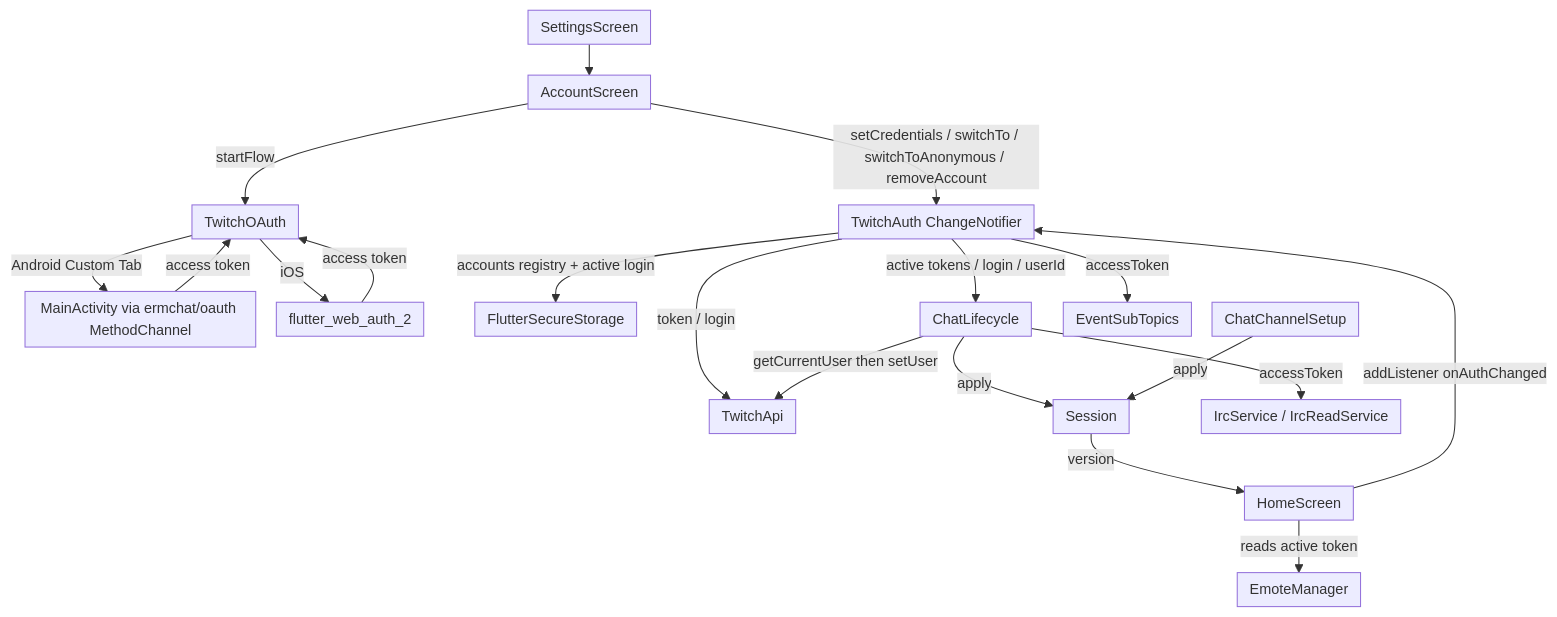
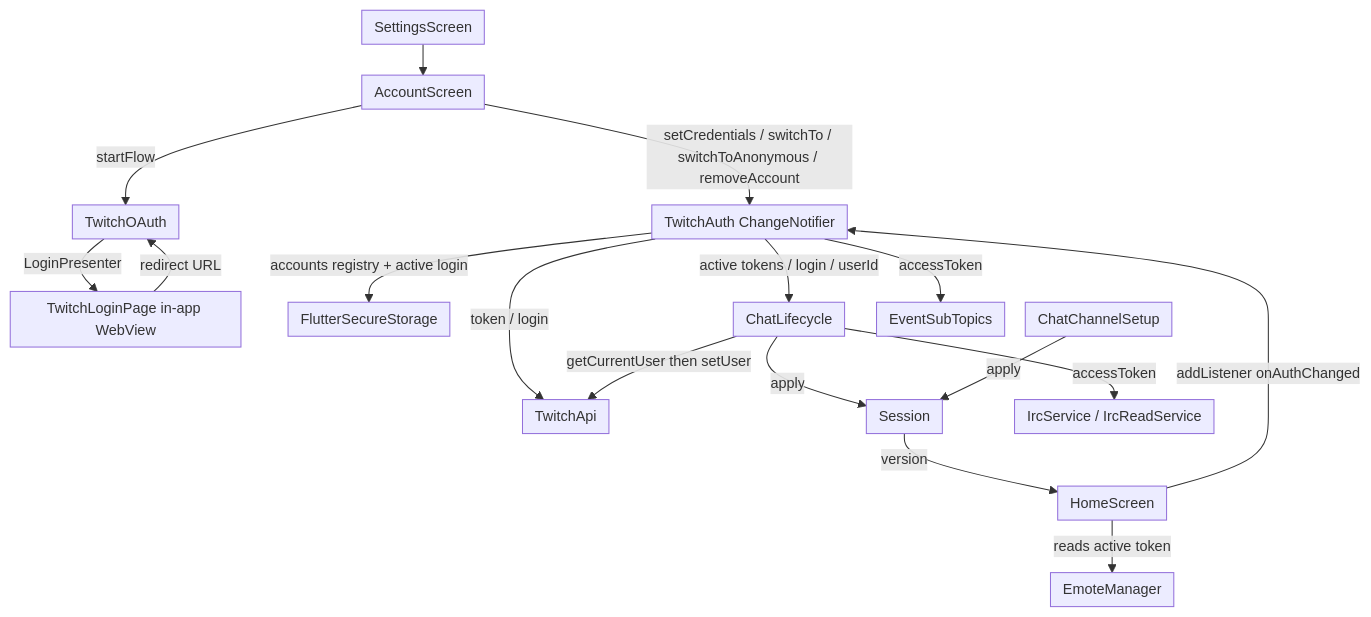
Before and after one commit to banan-guh/ErmChat: the sixth of 8 diagrams in docs/ARCHITECTURE.md, drawn with Mermaid. The commit also changed other lines of this file and 13 other files, not shown here.

Commit message:
feat: in-app webview twitch login

````diff
--- a/docs/ARCHITECTURE.md
+++ b/docs/ARCHITECTURE.md
@@ -246,23 +246,21 @@
 ```mermaid
 %%{init: {"flowchart": {"useMaxWidth": true, "nodeSpacing": 20, "rankSpacing": 30, "padding": 6}, "themeVariables": {"fontSize": "14px"}}}%%
 flowchart TD
   account["AccountScreen"] -->|startFlow| oauth["TwitchOAuth"]
-  oauth -->|Android Custom Tab| native["MainActivity via ermchat/oauth MethodChannel"]
-  oauth -->|iOS| webauth["flutter_web_auth_2"]
-  native -->|access token| oauth
-  webauth -->|access token| oauth
+  oauth -->|LoginPresenter| webview["TwitchLoginPage in-app WebView"]
+  webview -->|redirect URL| oauth
   account -->|setCredentials / switchTo / switchToAnonymous / removeAccount| auth["TwitchAuth ChangeNotifier"]
   auth -->|accounts registry + active login| secure["FlutterSecureStorage"]
   auth -->|active tokens / login / userId| lifecycle["ChatLifecycle"]
   auth -->|token / login| api["TwitchApi"]
   lifecycle -->|getCurrentUser then setUser| api
   lifecycle -->|apply| session["Session"]
   setup["ChatChannelSetup"] -->|apply| session
   session -->|version| home["HomeScreen"]
   home -->|addListener onAuthChanged| auth
   home -->|reads active token| emoteman["EmoteManager"]
   settings["SettingsScreen"] --> account
 
   lifecycle -->|accessToken| irc["IrcService / IrcReadService"]
   auth -->|accessToken| topics["EventSubTopics"]
 ```
````
